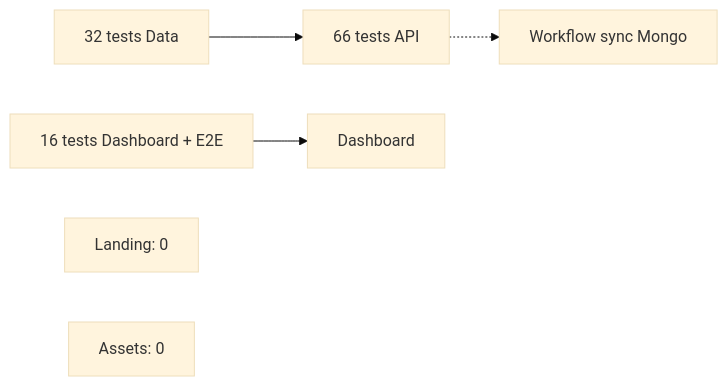
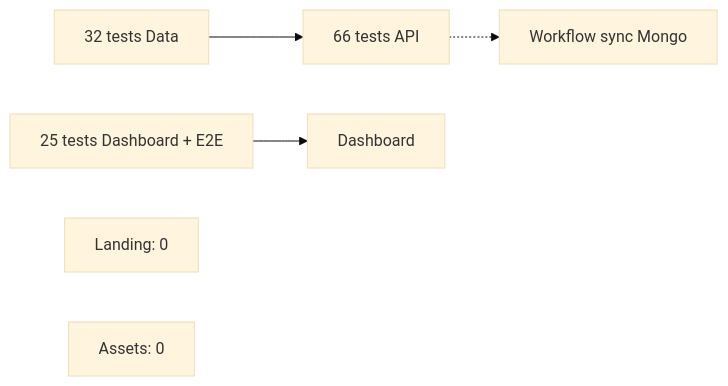
Before and after one commit to Matthieu-Vachet/dashboard_Admin: the diagram in docs/codex/Tome 1 — Foundation (Fondations)/DOC-021-testing.md, drawn with Mermaid (base theme). The commit also changed other lines of this file and 34 other files, not shown here.

````diff
--- a/docs/codex/Tome 1 — Foundation (Fondations)/DOC-021-testing.md
+++ b/docs/codex/Tome 1 — Foundation (Fondations)/DOC-021-testing.md
@@ -73,8 +74,8 @@
 ```mermaid
 flowchart LR
   DATA["32 tests Data"] --> API["66 tests API"]
-  DASH["16 tests Dashboard + E2E"] --> UI["Dashboard"]
+  DASH["25 tests Dashboard + E2E"] --> UI["Dashboard"]
   API -.-> SYNC["Workflow sync Mongo"]
   LAND["Landing: 0"]
   ASSETS["Assets: 0"]
 ```
````
